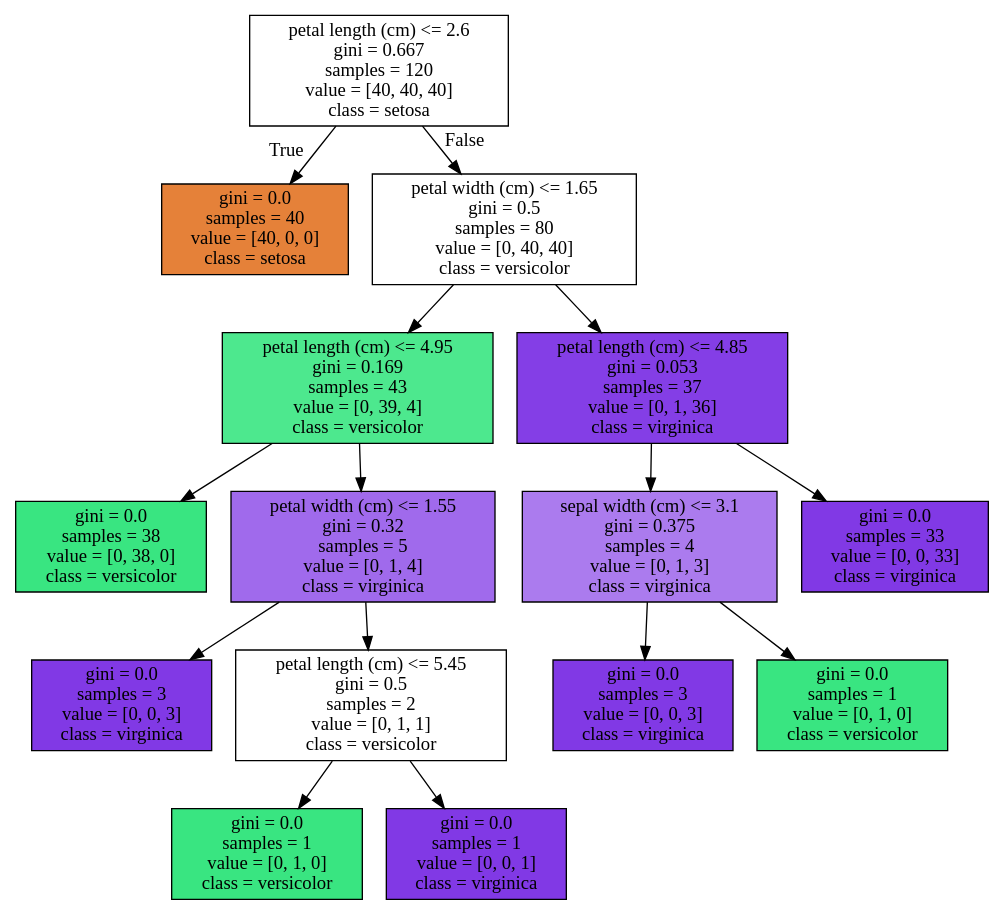
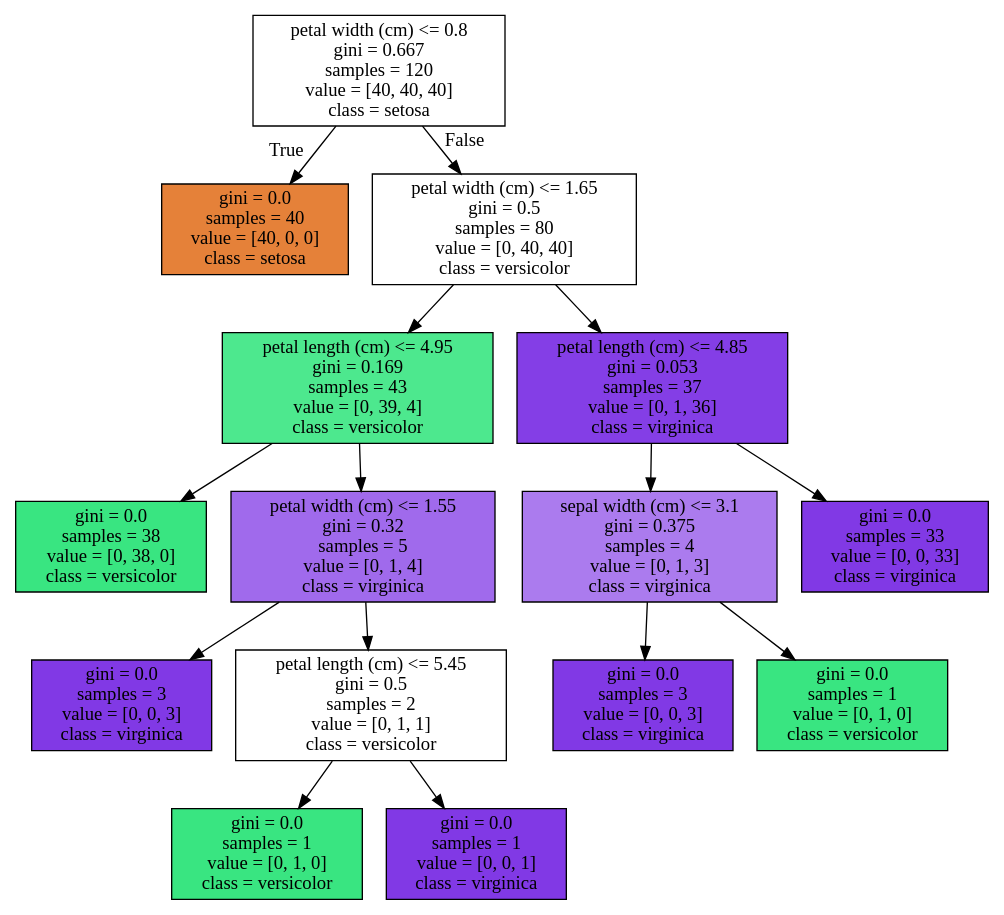
The diagram in tree.dot (MethodFunc/Machine-Learning), drawn with Graphviz before and after one commit. The commit also changed 8 other files, not shown here.

```diff
--- a/tree.dot
+++ b/tree.dot
@@ -1,32 +1,32 @@
 digraph Tree {
 node [shape=box, style="filled", color="black"] ;
-0 [label="petal length (cm) <= 2.6\ngini = 0.667\nsamples = 120\nvalue = [40, 40, 40]\nclass = setosa", fillcolor="#ffffff"] ;
+0 [label="petal width (cm) <= 0.8\ngini = 0.667\nsamples = 120\nvalue = [40, 40, 40]\nclass = setosa", fillcolor="#ffffff"] ;
 1 [label="gini = 0.0\nsamples = 40\nvalue = [40, 0, 0]\nclass = setosa", fillcolor="#e58139"] ;
 0 -> 1 [labeldistance=2.5, labelangle=45, headlabel="True"] ;
 2 [label="petal width (cm) <= 1.65\ngini = 0.5\nsamples = 80\nvalue = [0, 40, 40]\nclass = versicolor", fillcolor="#ffffff"] ;
 0 -> 2 [labeldistance=2.5, labelangle=-45, headlabel="False"] ;
 3 [label="petal length (cm) <= 4.95\ngini = 0.169\nsamples = 43\nvalue = [0, 39, 4]\nclass = versicolor", fillcolor="#4de88e"] ;
 2 -> 3 ;
 4 [label="gini = 0.0\nsamples = 38\nvalue = [0, 38, 0]\nclass = versicolor", fillcolor="#39e581"] ;
 3 -> 4 ;
 5 [label="petal width (cm) <= 1.55\ngini = 0.32\nsamples = 5\nvalue = [0, 1, 4]\nclass = virginica", fillcolor="#a06aec"] ;
 3 -> 5 ;
 6 [label="gini = 0.0\nsamples = 3\nvalue = [0, 0, 3]\nclass = virginica", fillcolor="#8139e5"] ;
 5 -> 6 ;
 7 [label="petal length (cm) <= 5.45\ngini = 0.5\nsamples = 2\nvalue = [0, 1, 1]\nclass = versicolor", fillcolor="#ffffff"] ;
 5 -> 7 ;
 8 [label="gini = 0.0\nsamples = 1\nvalue = [0, 1, 0]\nclass = versicolor", fillcolor="#39e581"] ;
 7 -> 8 ;
 9 [label="gini = 0.0\nsamples = 1\nvalue = [0, 0, 1]\nclass = virginica", fillcolor="#8139e5"] ;
 7 -> 9 ;
 10 [label="petal length (cm) <= 4.85\ngini = 0.053\nsamples = 37\nvalue = [0, 1, 36]\nclass = virginica", fillcolor="#843ee6"] ;
 2 -> 10 ;
 11 [label="sepal width (cm) <= 3.1\ngini = 0.375\nsamples = 4\nvalue = [0, 1, 3]\nclass = virginica", fillcolor="#ab7bee"] ;
 10 -> 11 ;
 12 [label="gini = 0.0\nsamples = 3\nvalue = [0, 0, 3]\nclass = virginica", fillcolor="#8139e5"] ;
 11 -> 12 ;
 13 [label="gini = 0.0\nsamples = 1\nvalue = [0, 1, 0]\nclass = versicolor", fillcolor="#39e581"] ;
 11 -> 13 ;
 14 [label="gini = 0.0\nsamples = 33\nvalue = [0, 0, 33]\nclass = virginica", fillcolor="#8139e5"] ;
 10 -> 14 ;
 }
```
